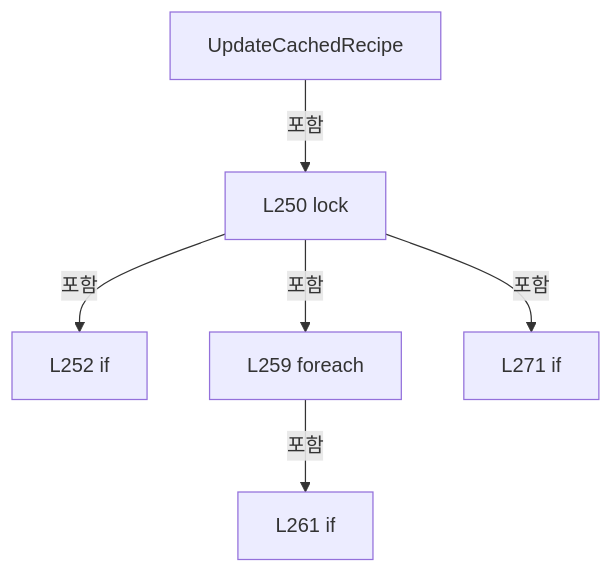
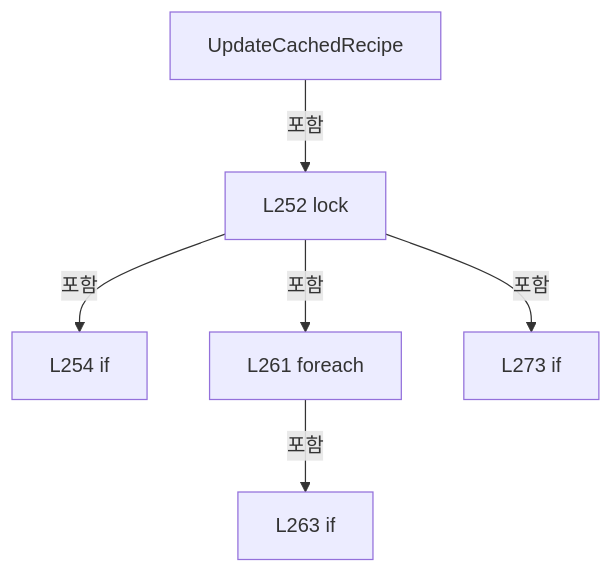
Before and after one commit to kjuws10-rgb/Shared: diagram 14 of 18 in A3 LD Code Ref/files/Drilling.Common/Managers/CRecipeManager.cs.md, drawn with Mermaid. The commit also changed other lines of this file and 2071 other files, not shown here.

Commit message:
docs(a3): update 11.19.0 architecture and code reference

````diff
--- a/A3 LD Code Ref/files/Drilling.Common/Managers/CRecipeManager.cs.md
+++ b/A3 LD Code Ref/files/Drilling.Common/Managers/CRecipeManager.cs.md
@@ -1894,14 +1895,14 @@
 ```mermaid
 flowchart TD
  M["UpdateCachedRecipe"]
- N0["L250 lock"]
+ N0["L252 lock"]
  M -->|포함| N0
- N1["L252 if"]
+ N1["L254 if"]
  N0 -->|포함| N1
- N2["L259 foreach"]
+ N2["L261 foreach"]
  N0 -->|포함| N2
- N3["L261 if"]
+ N3["L263 if"]
  N2 -->|포함| N3
- N4["L271 if"]
+ N4["L273 if"]
  N0 -->|포함| N4
 ```
````
